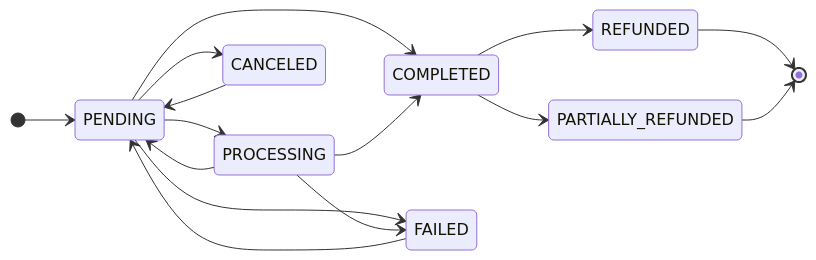
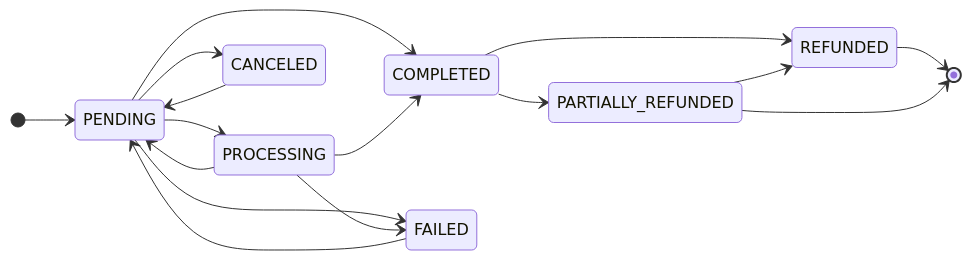
The second of 2 diagrams in src/dev/flows/order-lifecycle.md (vasilistotskas/grooveshop-docs), drawn with Mermaid before and after one commit. The commit also changed other lines of this file and 13 other files, not shown here.

````diff
--- a/src/dev/flows/order-lifecycle.md
+++ b/src/dev/flows/order-lifecycle.md
@@ -41,18 +42,19 @@
 ```mermaid
 stateDiagram-v2
   direction LR
   [*] --> PENDING
   PENDING --> PROCESSING
   PENDING --> COMPLETED
   PENDING --> FAILED
   PENDING --> CANCELED
   PROCESSING --> COMPLETED
   PROCESSING --> FAILED
   PROCESSING --> PENDING
   FAILED --> PENDING
   CANCELED --> PENDING
   COMPLETED --> REFUNDED
   COMPLETED --> PARTIALLY_REFUNDED
+  PARTIALLY_REFUNDED --> REFUNDED
   REFUNDED --> [*]
   PARTIALLY_REFUNDED --> [*]
 ```
````
